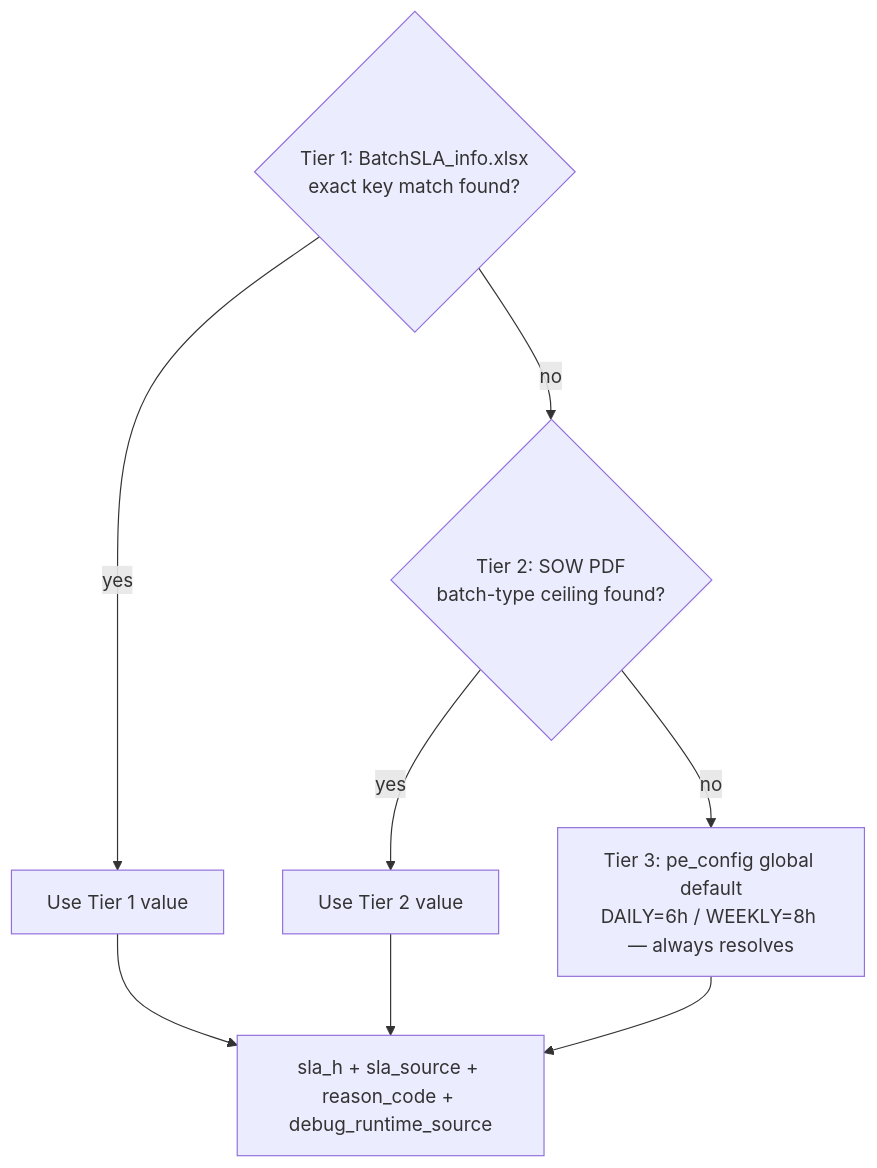
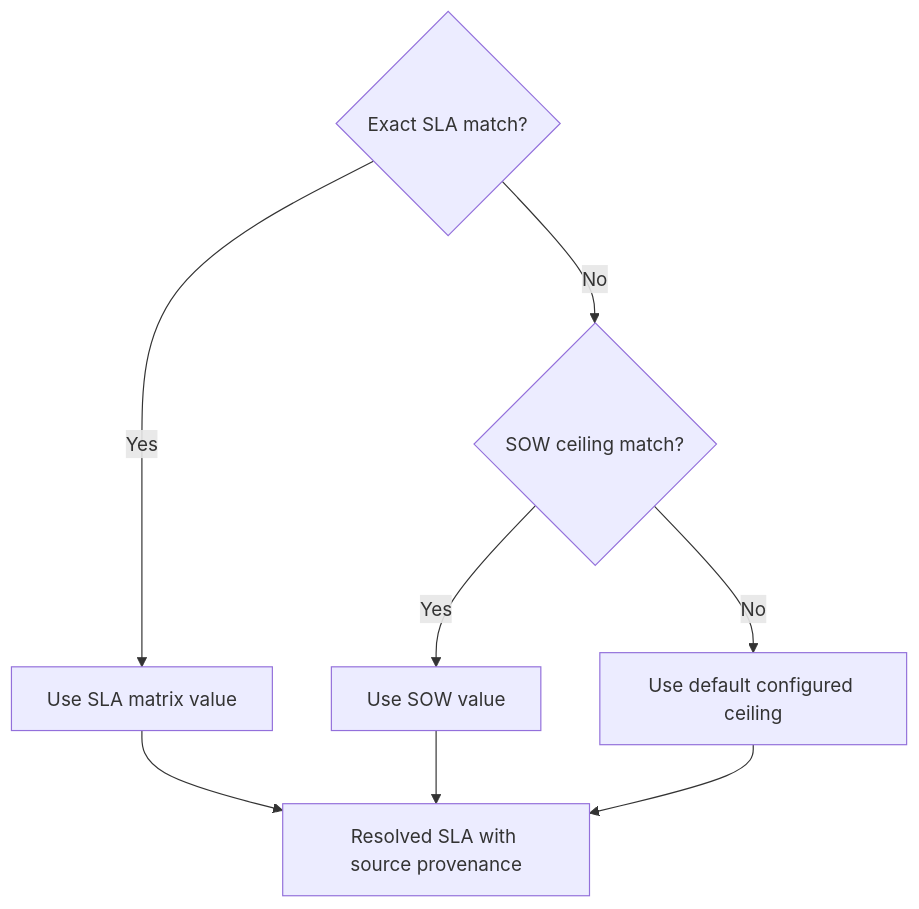
The second of 2 diagrams in other/PE_Dashboard_Presentation.md (ayum321/PE_Dashboard), drawn with Mermaid before and after one commit. The commit also changed other lines of this file, not shown here.

````diff
--- a/other/PE_Dashboard_Presentation.md
+++ b/other/PE_Dashboard_Presentation.md
@@ -154,11 +66,11 @@
 ```mermaid
 flowchart TD
-    Q1{Tier 1: BatchSLA_info.xlsx\nexact key match found?}
-    Q1 -->|yes| T1[Use Tier 1 value]
-    Q1 -->|no| Q2{Tier 2: SOW PDF\nbatch-type ceiling found?}
-    Q2 -->|yes| T2[Use Tier 2 value]
-    Q2 -->|no| T3[Tier 3: pe_config global default\nDAILY=6h / WEEKLY=8h — always resolves]
-    T1 --> V[sla_h + sla_source + reason_code + debug_runtime_source]
+    Q1{Exact SLA match?}
+    Q1 -->|Yes| T1[Use SLA matrix value]
+    Q1 -->|No| Q2{SOW ceiling match?}
+    Q2 -->|Yes| T2[Use SOW value]
+    Q2 -->|No| T3[Use default configured ceiling]
+    T1 --> V[Resolved SLA with source provenance]
     T2 --> V
     T3 --> V
 ```
````
